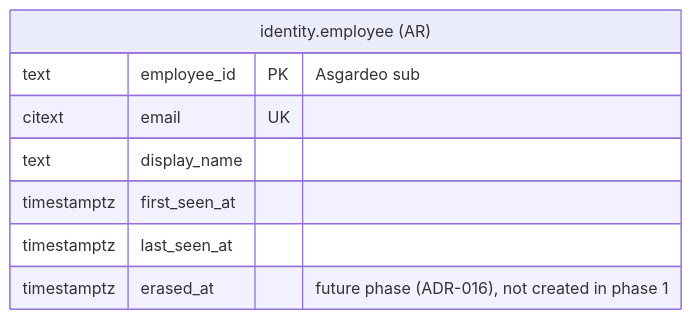
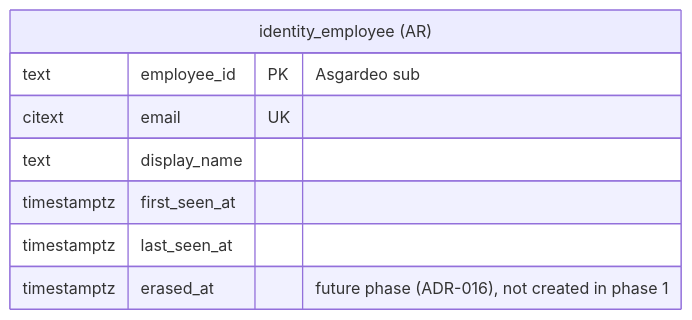
One commit to BechtelCanDoIt/marketing-tools changed the second of 10 diagrams in apps/amplify/amplify-database/README.md. Above: the diagram before and after it, drawn with Mermaid. The commit also changed other lines of this file and 170 other files, not shown here.

````diff
--- a/apps/amplify/amplify-database/README.md
+++ b/apps/amplify/amplify-database/README.md
@@ -181,11 +181,11 @@
 ```mermaid
 erDiagram
-    EMPLOYEE["identity.employee (AR)"] {
+    EMPLOYEE["identity_employee (AR)"] {
         text employee_id PK "Asgardeo sub"
         citext email UK
         text display_name
         timestamptz first_seen_at
         timestamptz last_seen_at
         timestamptz erased_at "future phase (ADR-016), not created in phase 1"
     }
 ```
````
